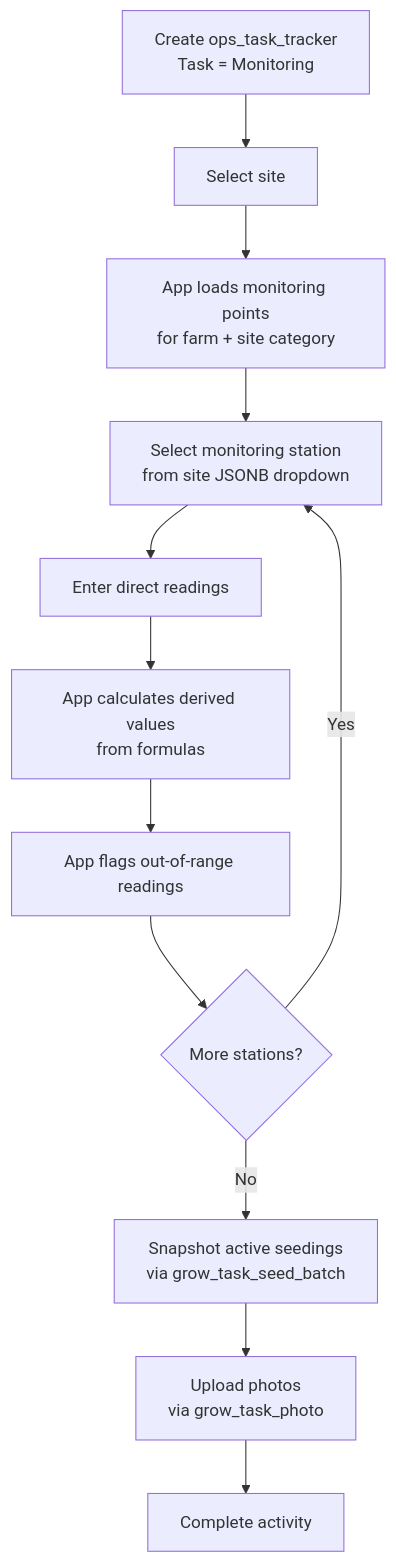
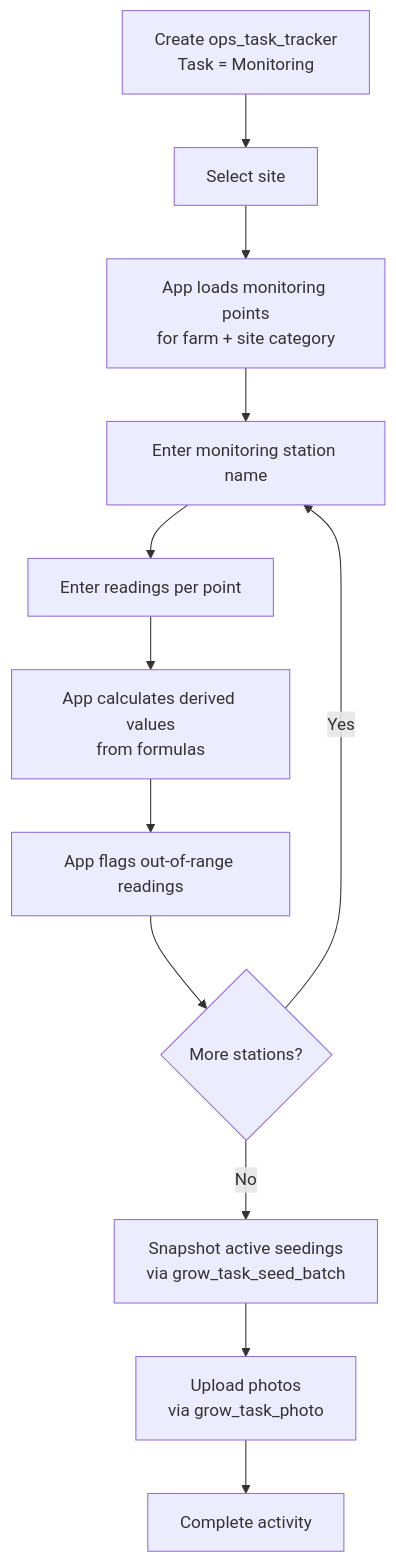
One commit to Hawaii-Farming/aloha-app changed the diagram in docs/processes/20260326_08_grow_monitoring_workflow.md. Above: the diagram before and after it, drawn with Mermaid. The commit also changed other lines of this file and 21 other files, not shown here.

````diff
--- a/docs/processes/20260326_08_grow_monitoring_workflow.md
+++ b/docs/processes/20260326_08_grow_monitoring_workflow.md
@@ -124,14 +124,14 @@
 ```mermaid
 flowchart TD
     A[Create ops_task_tracker\nTask = Monitoring] --> B[Select site]
     B --> C[App loads monitoring points\nfor farm + site category]
-    C --> D[Select monitoring station\nfrom site JSONB dropdown]
-    D --> E[Enter direct readings]
+    C --> D[Enter monitoring station name]
+    D --> E[Enter readings per point]
     E --> F[App calculates derived values\nfrom formulas]
     F --> G[App flags out-of-range readings]
     G --> H{More stations?}
     H -->|Yes| D
     H -->|No| I[Snapshot active seedings\nvia grow_task_seed_batch]
     I --> J[Upload photos\nvia grow_task_photo]
     J --> K[Complete activity]
 ```
````
